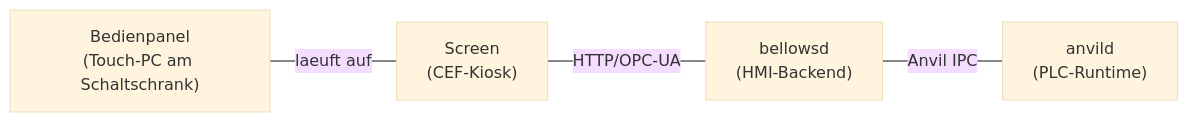
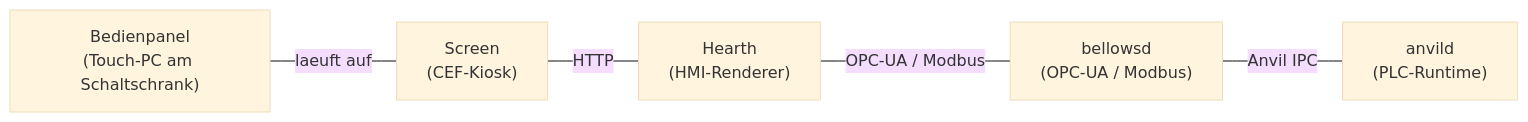
The diagram in content/de/plattform/screen.md (Beerlesklopfer/forgeiec-website), drawn with Mermaid (base theme) before and after one commit. The commit also changed other lines of this file and 3 other files, not shown here.

First line of the commit message:
fix(plattform): Korrekte HMI-Renderer-Topologie — Hearth rendert, Screen zeigt nur an

````diff
--- a/content/de/plattform/screen.md
+++ b/content/de/plattform/screen.md
@@ -43,11 +43,13 @@
 ```mermaid
 flowchart LR
     Panel["Bedienpanel<br/>(Touch-PC am Schaltschrank)"]
     Screen["Screen<br/>(CEF-Kiosk)"]
-    Bellows["bellowsd<br/>(HMI-Backend)"]
+    Hearth["Hearth<br/>(HMI-Renderer)"]
+    Bellows["bellowsd<br/>(OPC-UA / Modbus)"]
     Anvild["anvild<br/>(PLC-Runtime)"]
 
     Panel ---|"laeuft auf"| Screen
-    Screen ---|"HTTP/OPC-UA"| Bellows
+    Screen ---|"HTTP"| Hearth
+    Hearth ---|"OPC-UA / Modbus"| Bellows
     Bellows ---|"Anvil IPC"| Anvild
 ```
````
